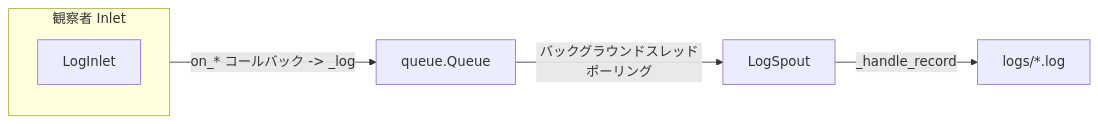
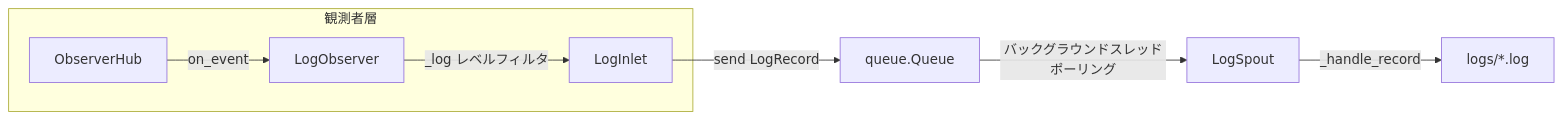
The diagram in docs/ja/src/persist/core_log.md (Mr-xiaotian/CelestialFlow), drawn with Mermaid before and after one commit. The commit also changed other lines of this file and 176 other files, not shown here.

````diff
--- a/docs/ja/src/persist/core_log.md
+++ b/docs/ja/src/persist/core_log.md
@@ -13,9 +13,10 @@
 ```mermaid
 flowchart LR
-    subgraph Observer[観察者 Inlet]
-        Inlet[LogInlet]
+    subgraph EventLayer["観測者層"]
+        Hub[ObserverHub] -->|on_event| Obs[LogObserver]
+        Obs -->|_log レベルフィルタ| Inlet[LogInlet]
     end
-    Observer -->|on_* コールバック -> _log| Queue[queue.Queue]
+    Inlet -->|send LogRecord| Queue[queue.Queue]
     Queue -->|バックグラウンドスレッドポーリング| Spout[LogSpout]
     Spout -->|_handle_record| File[logs/*.log]
 ```
````
